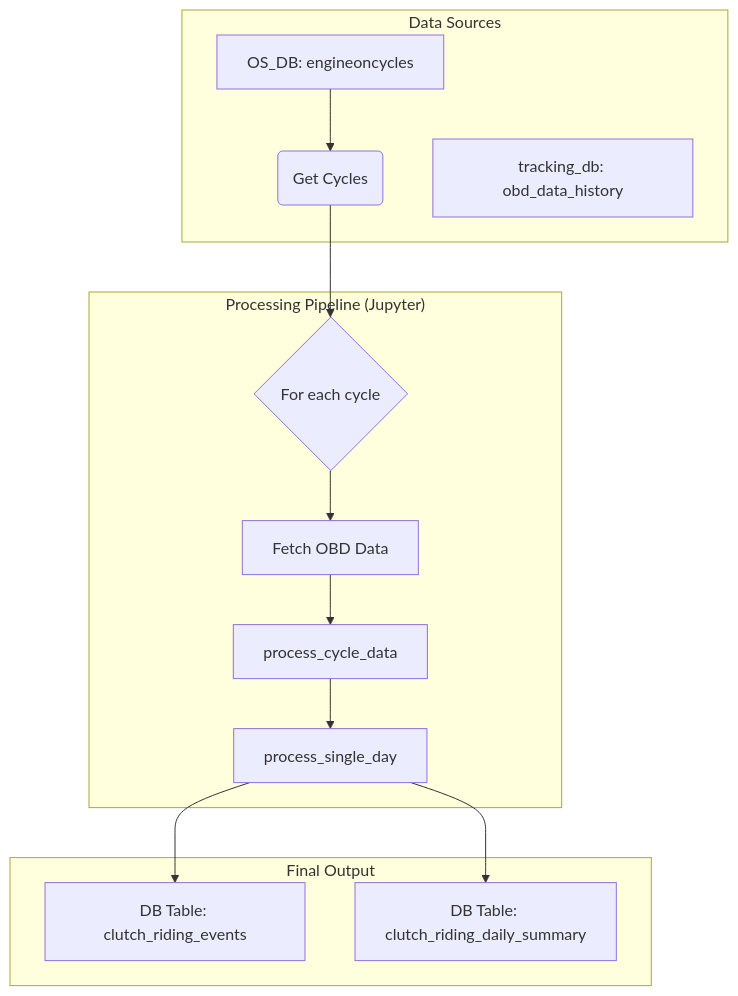
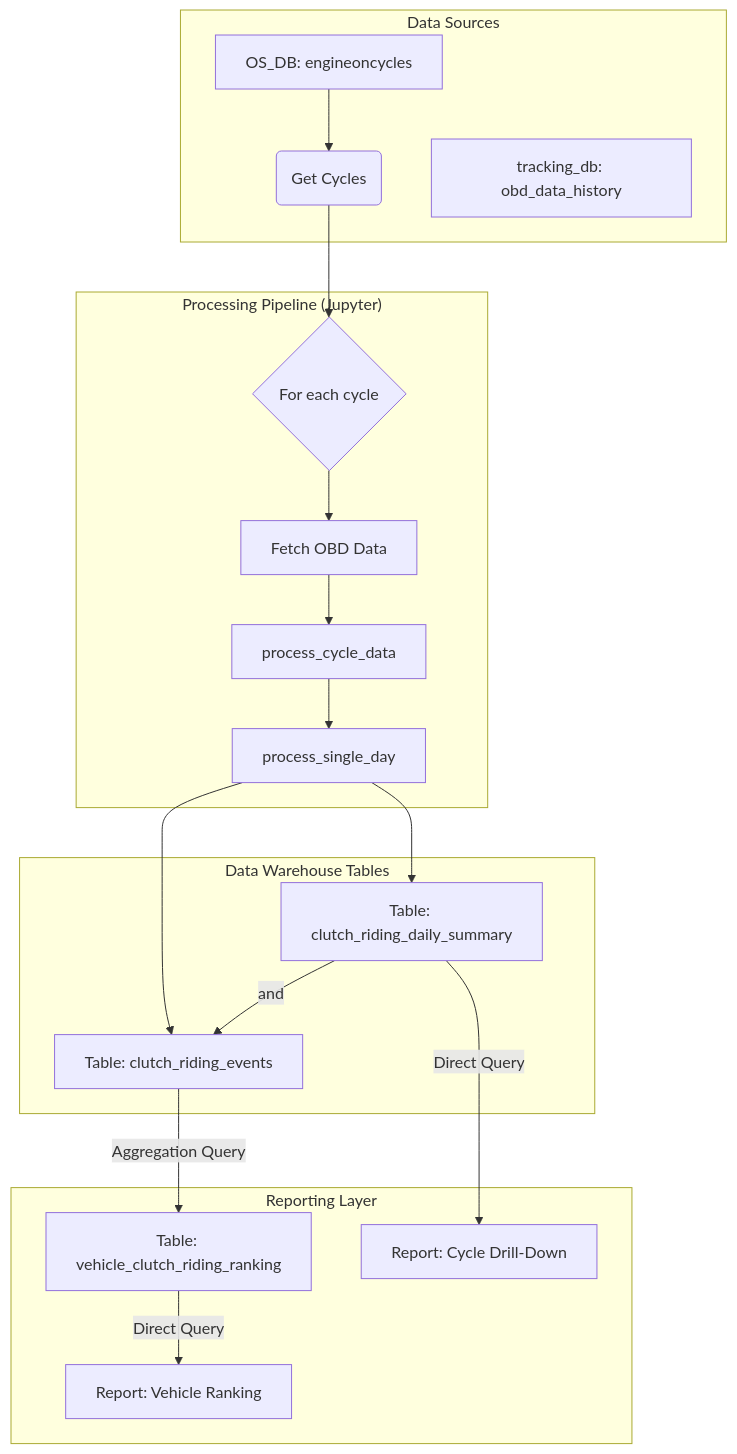
One commit to walterbrown17/clutch_riding changed the first of 2 diagrams in SIMPLE_PRD.md. Above: the diagram before and after it, drawn with Mermaid. The commit also changed other lines of this file, not shown here.

````diff
--- a/SIMPLE_PRD.md
+++ b/SIMPLE_PRD.md
@@ -40,19 +40,26 @@
 ```mermaid
 graph TD
     subgraph "Data Sources"
         A[OS_DB: engineoncycles] --> B;
         C[tracking_db: obd_data_history];
     end
 
     subgraph "Processing Pipeline (Jupyter)"
         B(Get Cycles) --> E{For each cycle};
         E --> F[Fetch OBD Data];
         F --> G[process_cycle_data];
         G --> H[process_single_day];
     end
     
-    subgraph "Final Output"
-        H --> I[DB Table: clutch_riding_events];
-        H --> J[DB Table: clutch_riding_daily_summary];
+    subgraph "Data Warehouse Tables"
+        H --> I[Table: clutch_riding_events];
+        H --> J[Table: clutch_riding_daily_summary];
+    end
+
+    subgraph "Reporting Layer"
+        J -- and --> I;
+        I -- Aggregation Query --> K[Table: vehicle_clutch_riding_ranking];
+        J -- Direct Query --> L[Report: Cycle Drill-Down];
+        K -- Direct Query --> M[Report: Vehicle Ranking];
     end
 ```
````
